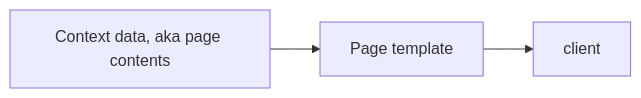
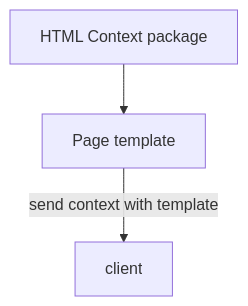
One commit to T342guy/spectre-wiki changed the second of 5 diagrams in The spectre wiki project - WIP project specsheet.md. Above: the diagram before and after it, drawn with Mermaid. The commit also changed other lines of this file, not shown here.

````diff
--- a/The spectre wiki project - WIP project specsheet.md
+++ b/The spectre wiki project - WIP project specsheet.md
@@ -118,6 +127,6 @@
 ```mermaid
-flowchart LR
+flowchart TD
 
-n1["Page template"] --> n2["client"]
-n3["Context data, aka page contents"] --> n1
+n1["Page template"] --> |send context with template| n2["client"]
+n3["HTML Context package"] --> n1
 ```
````
